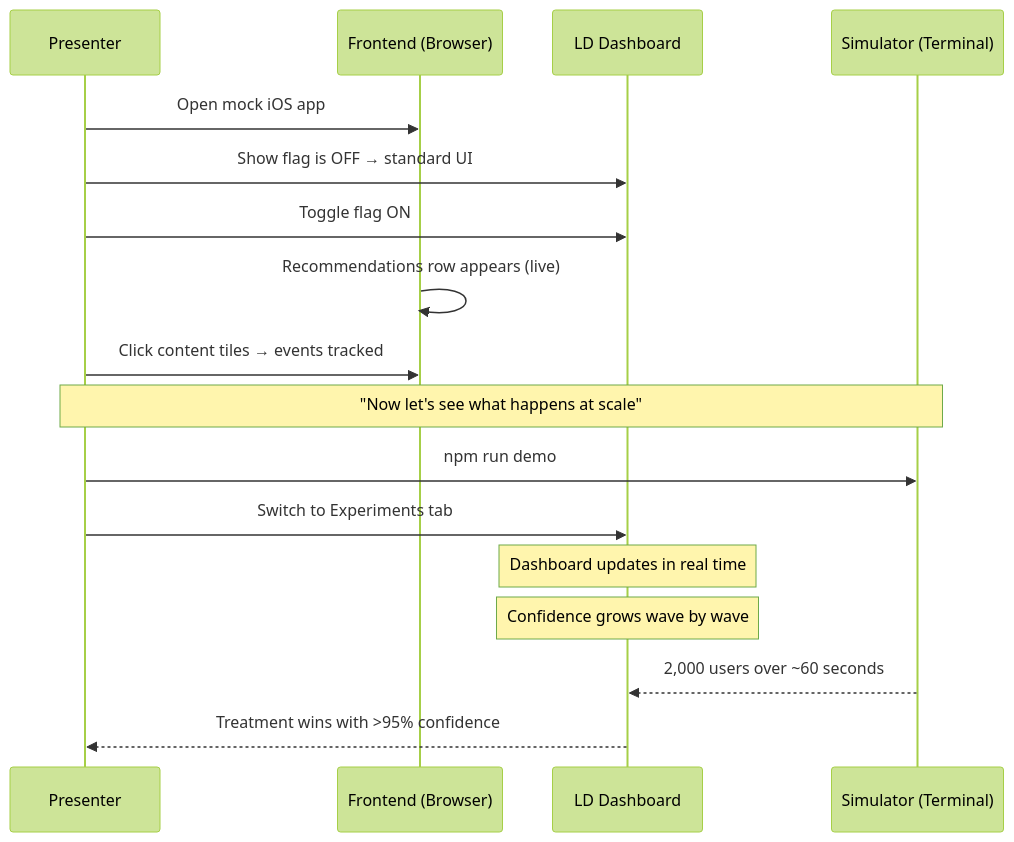
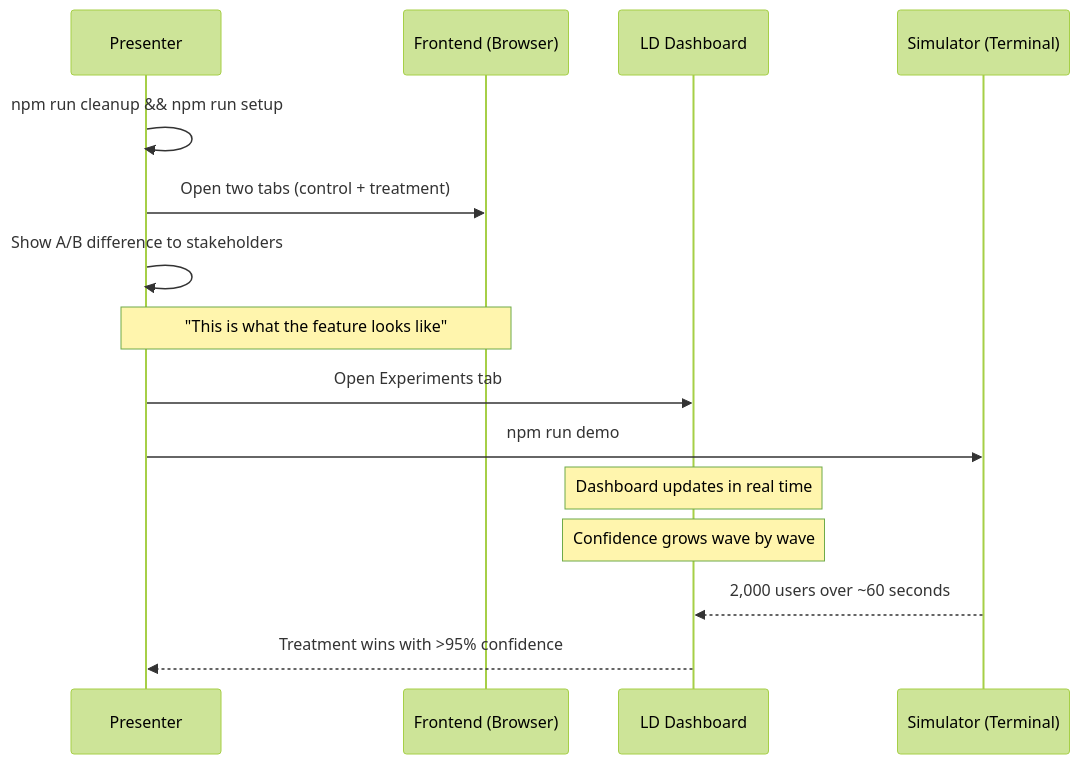
One commit to rtodea/launch-darkly-poc changed the third of 3 diagrams in README.md. Above: the diagram before and after it, drawn with Mermaid (forest theme). The commit also changed other lines of this file and 1 other file, not shown here.

````diff
--- a/README.md
+++ b/README.md
@@ -167,22 +194,20 @@
 ```mermaid
 sequenceDiagram
     participant P as Presenter
     participant FE as Frontend (Browser)
     participant LD as LD Dashboard
     participant SIM as Simulator (Terminal)
 
-    P->>FE: Open mock iOS app
-    P->>LD: Show flag is OFF → standard UI
-    P->>LD: Toggle flag ON
-    FE->>FE: Recommendations row appears (live)
-    P->>FE: Click content tiles → events tracked
+    P->>P: npm run cleanup && npm run setup
+    P->>FE: Open two tabs (control + treatment)
+    P->>P: Show A/B difference to stakeholders
 
-    Note over P,SIM: "Now let's see what happens at scale"
+    Note over P,FE: "This is what the feature looks like"
 
+    P->>LD: Open Experiments tab
     P->>SIM: npm run demo
-    P->>LD: Switch to Experiments tab
     Note over LD: Dashboard updates in real time
     Note over LD: Confidence grows wave by wave
     SIM-->>LD: 2,000 users over ~60 seconds
     LD-->>P: Treatment wins with >95% confidence
 ```
````
